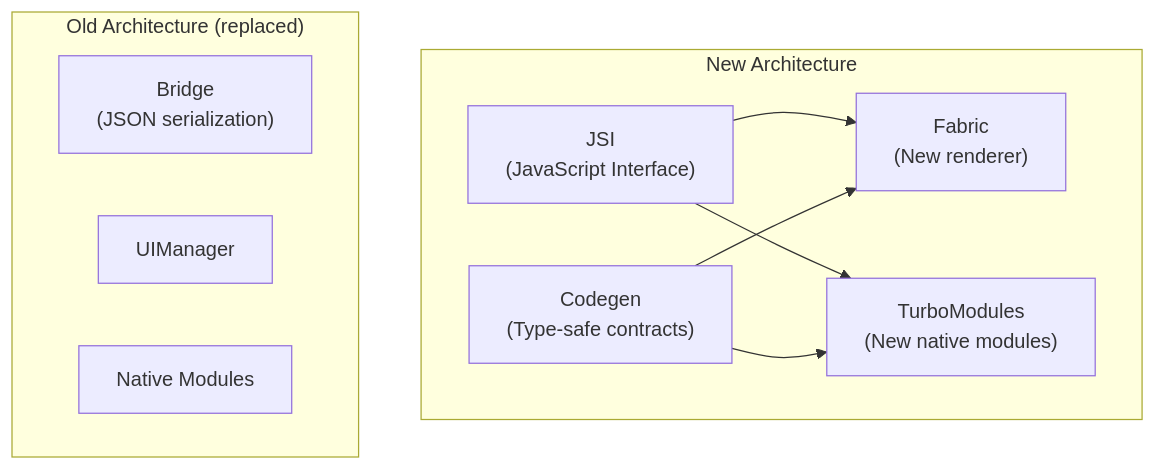
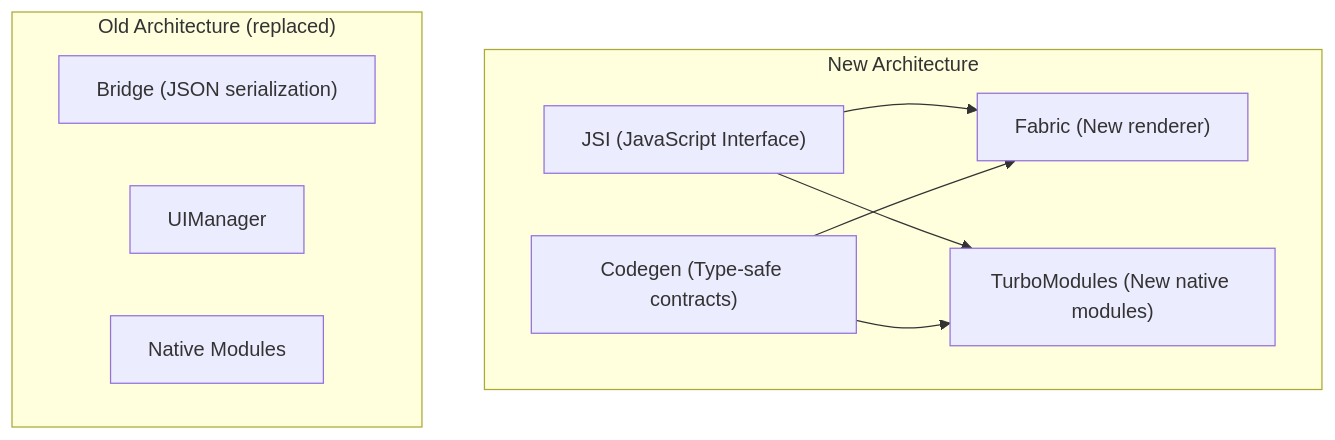
The tenth of 12 diagrams in arguments/chapters/rn-02-fundamentals.md (BabaScience/react-guides), drawn with Mermaid before and after one commit. The commit also changed other lines of this file and 63 other files, not shown here.

First line of the commit message:
Enrich React Native roadmap with deeper content, visuals, and FR/IT translations

````diff
--- a/arguments/chapters/rn-02-fundamentals.md
+++ b/arguments/chapters/rn-02-fundamentals.md
@@ -357,20 +517,20 @@
 ```mermaid
 graph TD
     subgraph NewArch["New Architecture"]
-        JSI["JSI\n(JavaScript Interface)"]
-        Fabric["Fabric\n(New renderer)"]
-        Turbo["TurboModules\n(New native modules)"]
-        CodeGen["Codegen\n(Type-safe contracts)"]
+        JSI["JSI (JavaScript Interface)"]
+        Fabric["Fabric (New renderer)"]
+        Turbo["TurboModules (New native modules)"]
+        CodeGen["Codegen (Type-safe contracts)"]
     end
 
     JSI --> Fabric
     JSI --> Turbo
     CodeGen --> Fabric
     CodeGen --> Turbo
 
     subgraph OldArch["Old Architecture (replaced)"]
-        Bridge["Bridge\n(JSON serialization)"]
+        Bridge["Bridge (JSON serialization)"]
         OldUI["UIManager"]
         OldNM["Native Modules"]
     end
 ```
````
